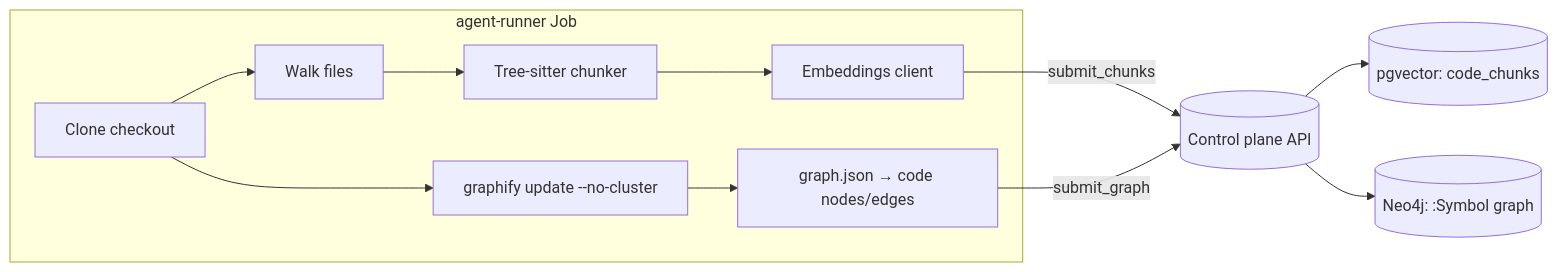
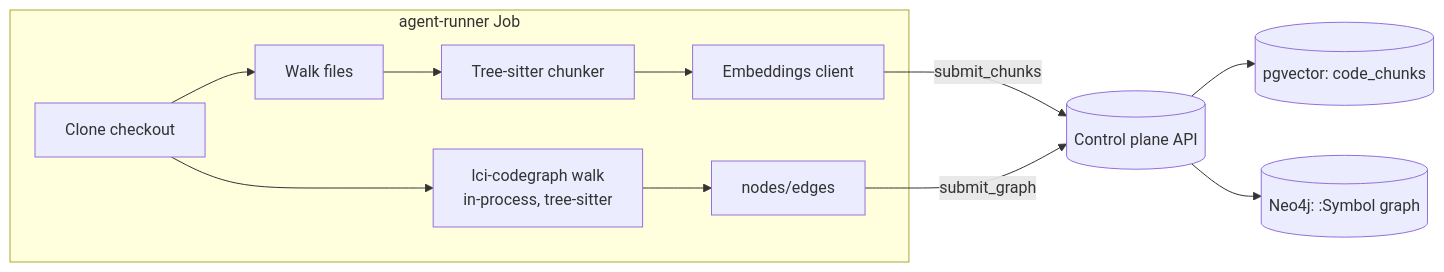
The diagram in docs/indexing-and-storage.md (ADORSYS-GIS/lightbridge-code-intelligence), drawn with Mermaid before and after one commit. The commit also changed other lines of this file and 32 other files, not shown here.

First line of the commit message:
feat(indexer)!: purge Graphify — lci-codegraph is the sole graph engine (ADR-0086)

````diff
--- a/docs/indexing-and-storage.md
+++ b/docs/indexing-and-storage.md
@@ -28,14 +28,14 @@
 ```mermaid
 flowchart LR
   subgraph Runner["agent-runner Job"]
     A[Clone checkout] --> B[Walk files]
     B --> C[Tree-sitter chunker]
     C --> D[Embeddings client]
-    A --> G[graphify update --no-cluster]
-    G --> H[graph.json → code nodes/edges]
+    A --> G[lci-codegraph walk<br/>in-process, tree-sitter]
+    G --> H[nodes/edges]
   end
   D -- submit_chunks --> CP[(Control plane API)]
   H -- submit_graph --> CP
   CP --> PG[(pgvector: code_chunks)]
   CP --> NEO[(Neo4j: :Symbol graph)]
 ```
````
